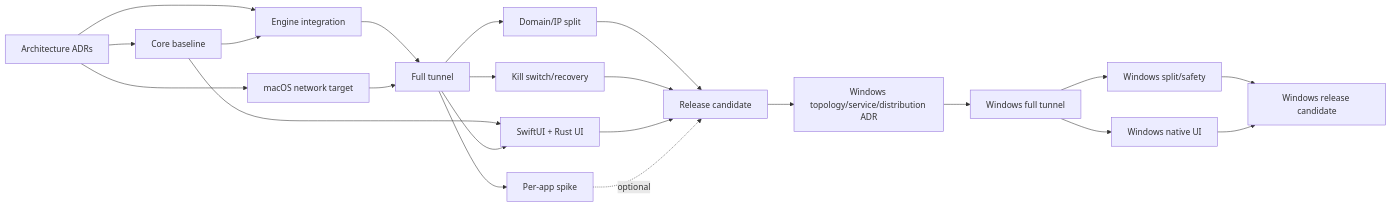
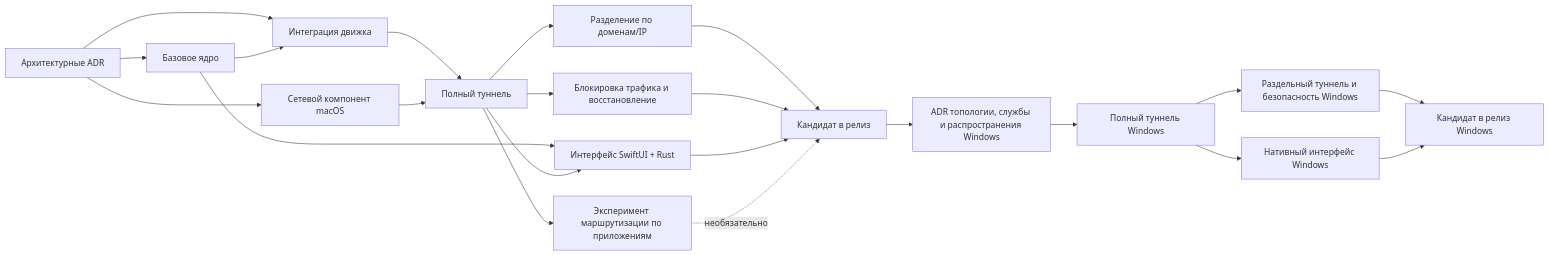
Before and after one commit to MaratGaZa/novaray-public: the diagram in docs/IMPLEMENTATION_PLAN.md, drawn with Mermaid. The commit also changed other lines of this file and 11 other files, not shown here.

````diff
--- a/docs/IMPLEMENTATION_PLAN.md
+++ b/docs/IMPLEMENTATION_PLAN.md
@@ -749,24 +964,24 @@
 ```mermaid
 flowchart LR
-    ADR[Architecture ADRs] --> Core[Core baseline]
-    ADR --> Engine[Engine integration]
-    ADR --> Net[macOS network target]
+    ADR["Архитектурные ADR"] --> Core["Базовое ядро"]
+    ADR --> Engine["Интеграция движка"]
+    ADR --> Net["Сетевой компонент macOS"]
     Core --> Engine
-    Engine --> Full[Full tunnel]
+    Engine --> Full["Полный туннель"]
     Net --> Full
-    Full --> Split[Domain/IP split]
-    Full --> Safety[Kill switch/recovery]
-    Core --> UI[SwiftUI + Rust UI]
+    Full --> Split["Разделение по доменам/IP"]
+    Full --> Safety["Блокировка трафика и восстановление"]
+    Core --> UI["Интерфейс SwiftUI + Rust"]
     Full --> UI
-    Split --> RC[Release candidate]
+    Split --> RC["Кандидат в релиз"]
     Safety --> RC
     UI --> RC
-    Full --> AppSpike[Per-app spike]
-    AppSpike -. optional .-> RC
-    RC --> WinADR[Windows topology/service/distribution ADR]
-    WinADR --> WinFull[Windows full tunnel]
-    WinFull --> WinSplit[Windows split/safety]
-    WinFull --> WinUI[Windows native UI]
-    WinSplit --> WinRC[Windows release candidate]
+    Full --> AppSpike["Эксперимент маршрутизации по приложениям"]
+    AppSpike -. необязательно .-> RC
+    RC --> WinADR["ADR топологии, службы и распространения Windows"]
+    WinADR --> WinFull["Полный туннель Windows"]
+    WinFull --> WinSplit["Раздельный туннель и безопасность Windows"]
+    WinFull --> WinUI["Нативный интерфейс Windows"]
+    WinSplit --> WinRC["Кандидат в релиз Windows"]
     WinUI --> WinRC
 ```
````
